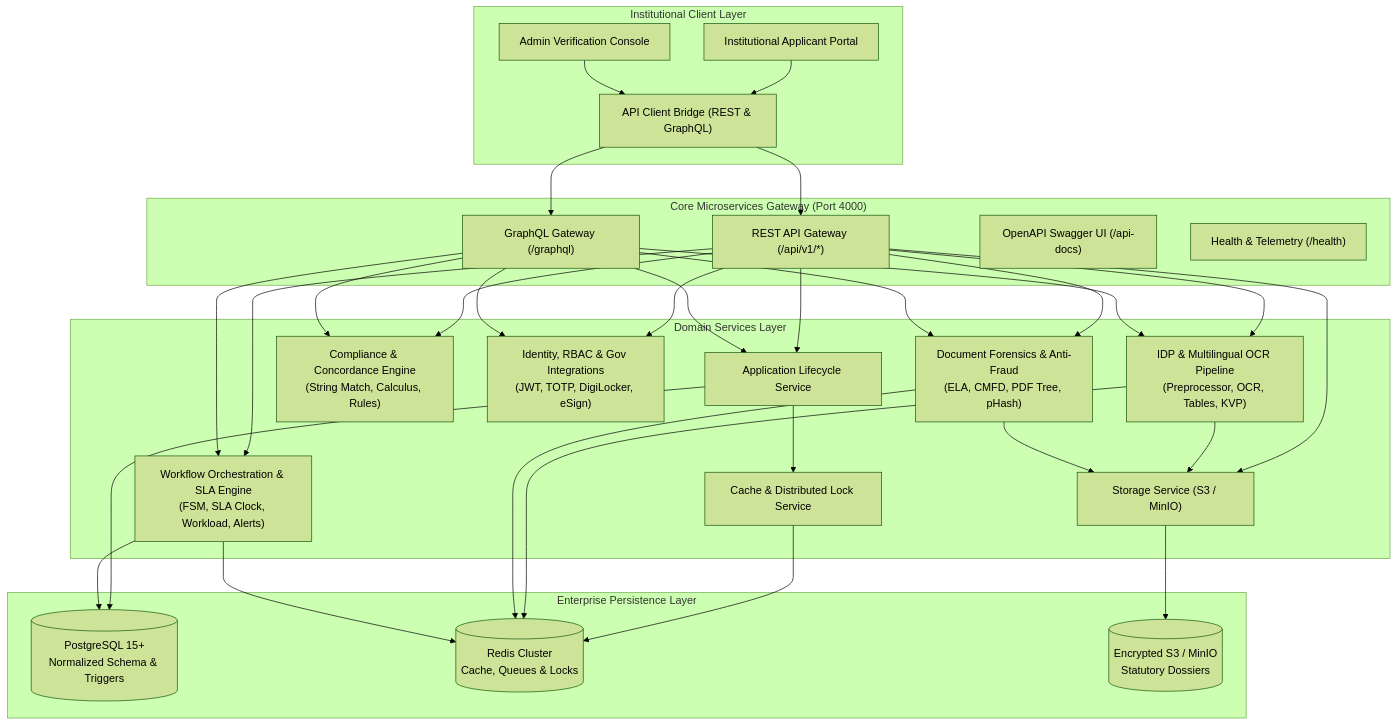
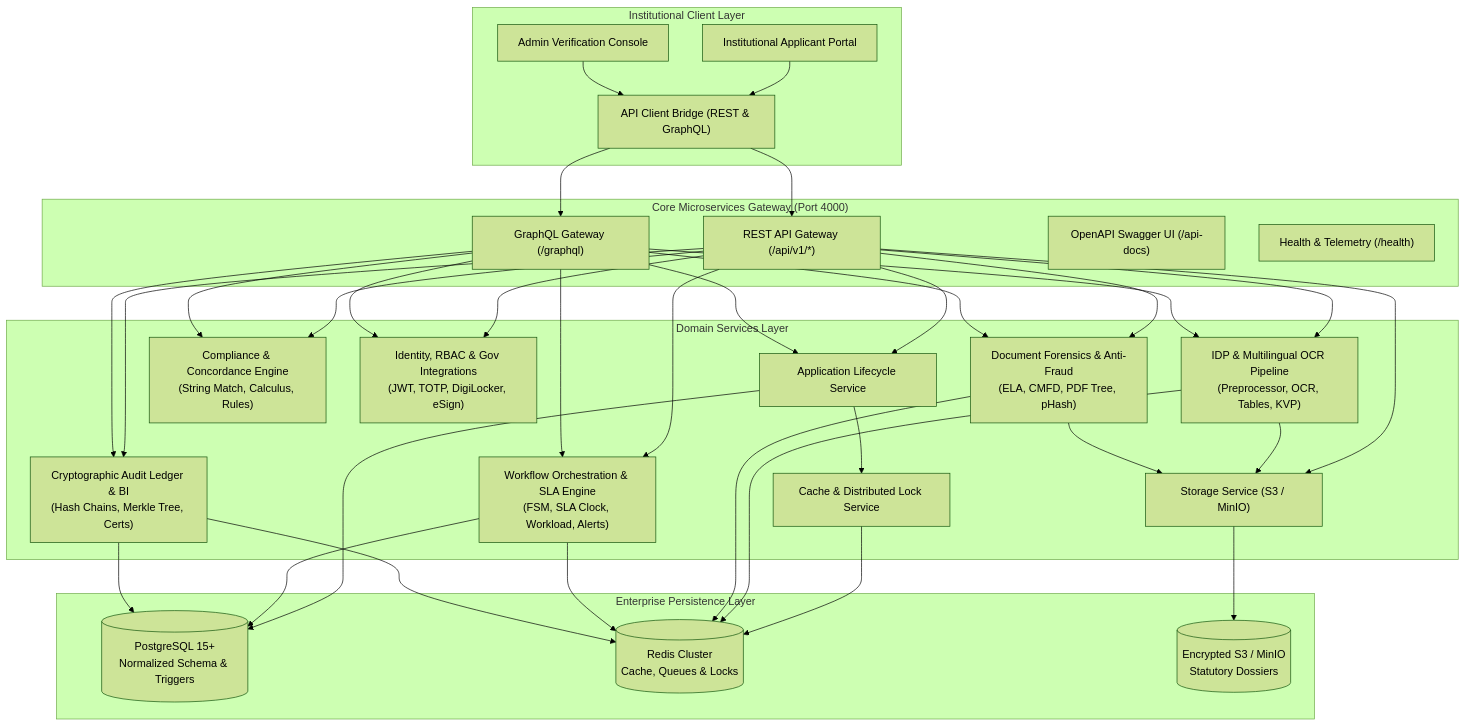
One commit to nitin24x7/SatyaSetu_AI changed the diagram in README.md. Above: the diagram before and after it, drawn with Mermaid (forest theme). The commit also changed other lines of this file and 15 other files, not shown here.

Commit message:
feat(ledger): complete Phase 9 Immutable Audit Ledger, Cryptographic Receipts & Regulatory Reporting

````diff
--- a/README.md
+++ b/README.md
@@ -61,60 +68,65 @@
 ```mermaid
 flowchart TD
     subgraph Client["Institutional Client Layer"]
         A["Institutional Applicant Portal"]
         B["Admin Verification Console"]
         C["API Client Bridge (REST & GraphQL)"]
     end
 
     subgraph Gateway["Core Microservices Gateway (Port 4000)"]
         D["REST API Gateway (/api/v1/*)"]
         E["GraphQL Gateway (/graphql)"]
         F["OpenAPI Swagger UI (/api-docs)"]
         G["Health & Telemetry (/health)"]
     end
 
     subgraph CoreServices["Domain Services Layer"]
         H["Application Lifecycle Service"]
         I["Storage Service (S3 / MinIO)"]
         J["Cache & Distributed Lock Service"]
         IDP["IDP & Multilingual OCR Pipeline\n(Preprocessor, OCR, Tables, KVP)"]
         COMP["Compliance & Concordance Engine\n(String Match, Calculus, Rules)"]
         AUTH["Identity, RBAC & Gov Integrations\n(JWT, TOTP, DigiLocker, eSign)"]
         FOR["Document Forensics & Anti-Fraud\n(ELA, CMFD, PDF Tree, pHash)"]
         WF["Workflow Orchestration & SLA Engine\n(FSM, SLA Clock, Workload, Alerts)"]
+        LEDGER["Cryptographic Audit Ledger & BI\n(Hash Chains, Merkle Tree, Certs)"]
     end
 
     subgraph Persistence["Enterprise Persistence Layer"]
         K[("PostgreSQL 15+\nNormalized Schema & Triggers")]
         L[("Redis Cluster\nCache, Queues & Locks")]
         M[("Encrypted S3 / MinIO\nStatutory Dossiers")]
     end
 
     A --> C
     B --> C
     C --> D
     C --> E
     D --> H
     D --> I
     D --> IDP
     D --> COMP
     D --> AUTH
     D --> FOR
     D --> WF
+    D --> LEDGER
     E --> H
     E --> IDP
     E --> COMP
     E --> AUTH
     E --> FOR
     E --> WF
+    E --> LEDGER
     H --> J
     H --> K
     I --> M
     J --> L
     IDP --> L
     IDP --> I
     FOR --> L
     FOR --> I
     WF --> L
     WF --> K
+    LEDGER --> K
+    LEDGER --> L
 ```
````
